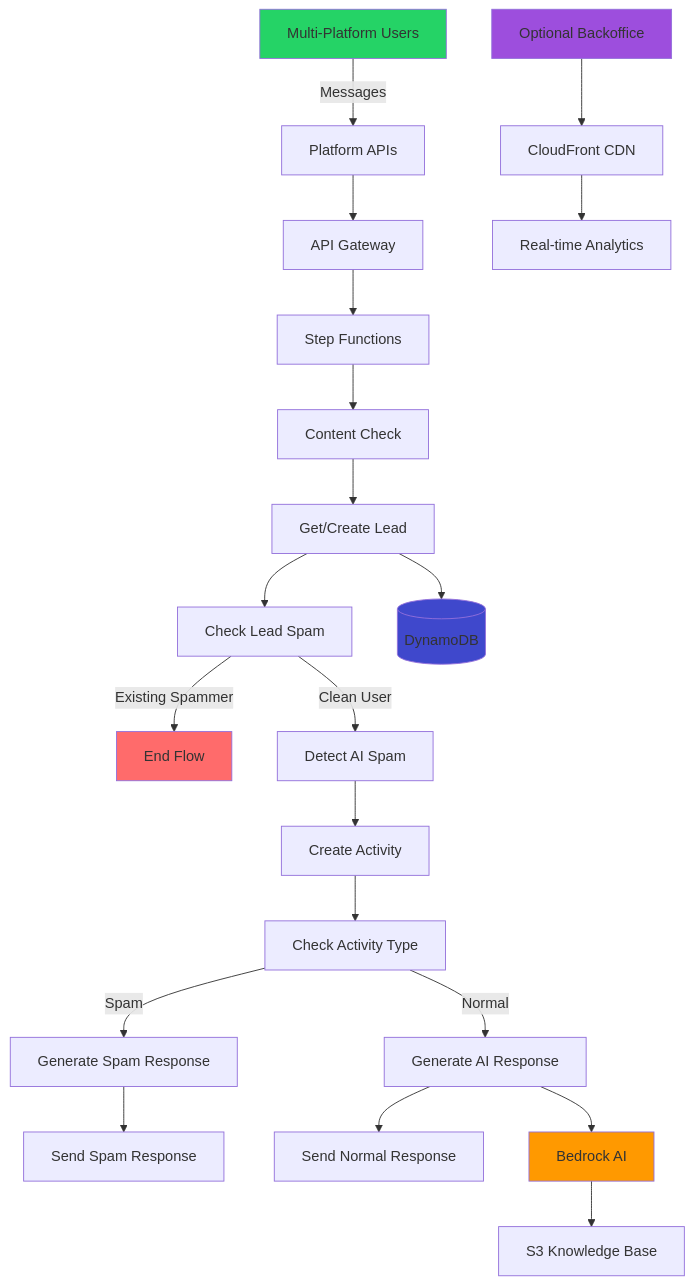
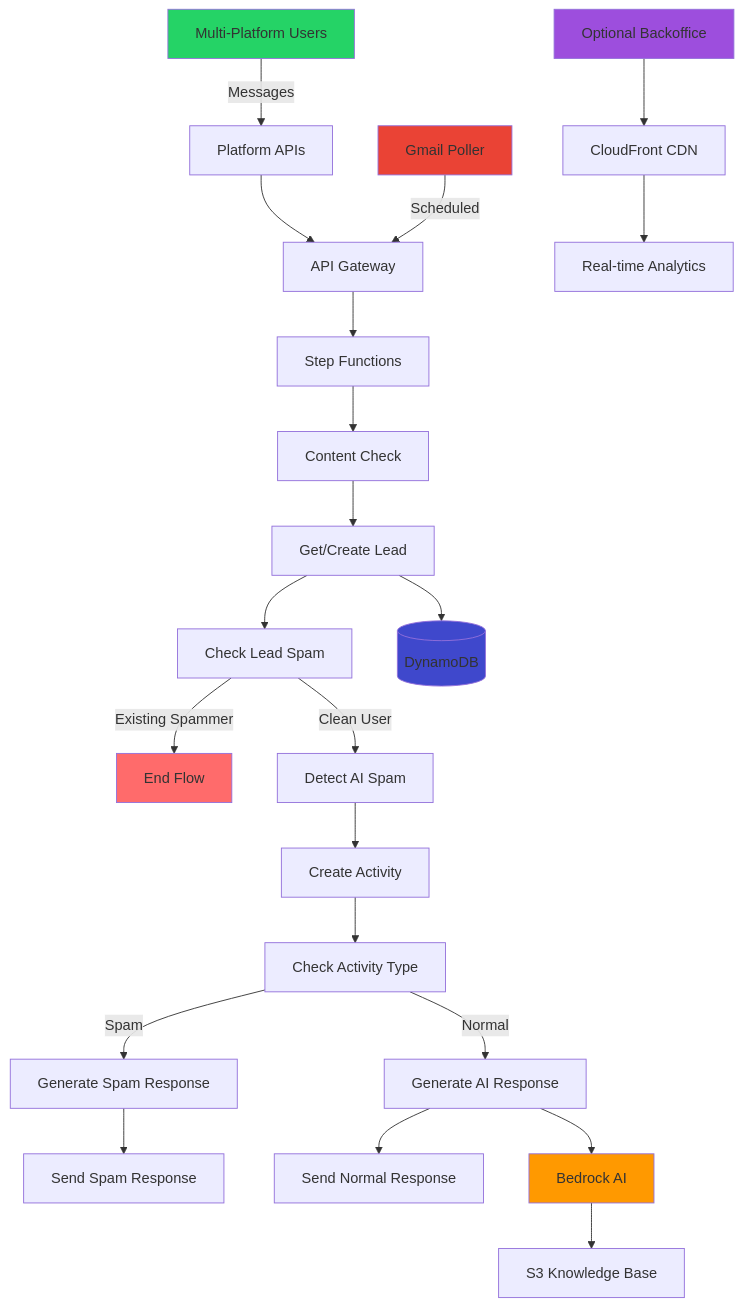
One commit to Pandas-DB/pandasdb-crm-comm changed the diagram in README.md. Above: the diagram before and after it, drawn with Mermaid. The commit also changed other lines of this file, not shown here.

Commit message:
update README including gmail platform

````diff
--- a/README.md
+++ b/README.md
@@ -402,35 +434,38 @@
 ```mermaid
 graph TB
     A[Multi-Platform Users] -->|Messages| B[Platform APIs]
     B --> C[API Gateway]
     C --> D[Step Functions]
     
     D --> E[Content Check]
     E --> F[Get/Create Lead]
     F --> G[Check Lead Spam]
     
     G -->|Existing Spammer| H[End Flow]
     G -->|Clean User| I[Detect AI Spam]
     
     I --> J[Create Activity]
     J --> K[Check Activity Type]
     
     K -->|Spam| L[Generate Spam Response]
     K -->|Normal| M[Generate AI Response]
     
     L --> N[Send Spam Response]
     M --> O[Send Normal Response]
     
     F --> P[(DynamoDB)]
     M --> Q[Bedrock AI]
     Q --> R[S3 Knowledge Base]
     
     S[Optional Backoffice] --> T[CloudFront CDN]
     T --> U[Real-time Analytics]
     
+    V[Gmail Poller] -->|Scheduled| C
+    
     style A fill:#25D366
     style Q fill:#FF9900
     style P fill:#3F48CC
     style S fill:#9D4EDD
     style H fill:#FF6B6B
+    style V fill:#EA4335
 ```
````
